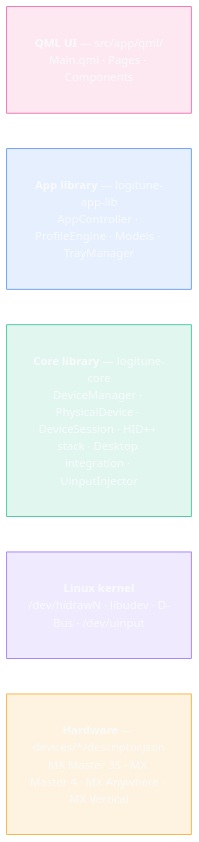
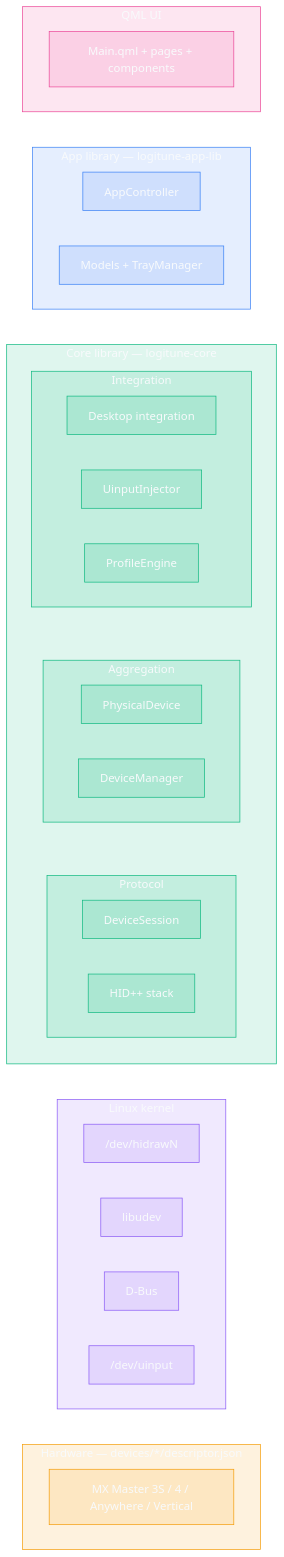
One commit to mmaher88/logitune changed the first of 17 diagrams in docs/wiki/Architecture.md. Above: the diagram before and after it, drawn with Mermaid (neutral theme).

Commit message:
docs(wiki): System Overview diagram mirrors the demo's block layout
Match the interactive demo's arrangement: UI on top with one node,
App with two (AppController + Models), Core split into three named
sub-bands (Integration, Aggregation, Protocol) of 2-3 side-by-side
components, Kernel with four kernel surfaces, Hardware at the bottom.

Each block and sub-band carries the same layer colour the demo uses
so users can recognise the diagram even if they've only seen one or
the other.

````diff
--- a/docs/wiki/Architecture.md
+++ b/docs/wiki/Architecture.md
@@ -9,21 +9,60 @@
 ```mermaid
 flowchart TB
-    ui["<b>QML UI</b> — src/app/qml/<br/>Main.qml · Pages · Components"]
-    app["<b>App library</b> — logitune-app-lib<br/>AppController · ProfileEngine · Models · TrayManager"]
-    core["<b>Core library</b> — logitune-core<br/>DeviceManager · PhysicalDevice · DeviceSession · HID++ stack · Desktop integration · UinputInjector"]
-    kernel["<b>Linux kernel</b><br/>/dev/hidrawN · libudev · D-Bus · /dev/uinput"]
-    hardware["<b>Hardware</b> — devices/*/descriptor.json<br/>MX Master 3S · MX Master 4 · MX Anywhere · MX Vertical"]
+    subgraph ui ["QML UI"]
+        direction LR
+        u1["Main.qml + pages + components"]
+    end
+
+    subgraph app ["App library — logitune-app-lib"]
+        direction LR
+        a1["AppController"]
+        a2["Models + TrayManager"]
+    end
+
+    subgraph core ["Core library — logitune-core"]
+        direction TB
+        subgraph coreIntegration ["Integration"]
+            direction LR
+            cI1["Desktop integration"]
+            cI2["UinputInjector"]
+            cI3["ProfileEngine"]
+        end
+        subgraph coreAggregation ["Aggregation"]
+            direction LR
+            cA1["PhysicalDevice"]
+            cA2["DeviceManager"]
+        end
+        subgraph coreProtocol ["Protocol"]
+            direction LR
+            cP1["DeviceSession"]
+            cP2["HID++ stack"]
+        end
+        coreIntegration ~~~ coreAggregation ~~~ coreProtocol
+    end
+
+    subgraph kernel ["Linux kernel"]
+        direction LR
+        k1["/dev/hidrawN"]
+        k2["libudev"]
+        k3["D-Bus"]
+        k4["/dev/uinput"]
+    end
+
+    subgraph hardware ["Hardware — devices/*/descriptor.json"]
+        direction LR
+        h1["MX Master 3S / 4 / Anywhere / Vertical"]
+    end
 
     ui ~~~ app ~~~ core ~~~ kernel ~~~ hardware
 
-    classDef uiStyle     fill:#ec489920,stroke:#ec4899,color:#f8fafc,padding:12px
-    classDef appStyle    fill:#3b82f620,stroke:#3b82f6,color:#f8fafc,padding:12px
-    classDef coreStyle   fill:#10b98120,stroke:#10b981,color:#f8fafc,padding:12px
-    classDef kernelStyle fill:#8b5cf620,stroke:#8b5cf6,color:#f8fafc,padding:12px
-    classDef hwStyle     fill:#f59e0b20,stroke:#f59e0b,color:#f8fafc,padding:12px
-    class ui uiStyle
-    class app appStyle
-    class core coreStyle
-    class kernel kernelStyle
-    class hardware hwStyle
+    classDef uiStyle     fill:#ec489922,stroke:#ec4899,color:#f8fafc
+    classDef appStyle    fill:#3b82f622,stroke:#3b82f6,color:#f8fafc
+    classDef coreStyle   fill:#10b98122,stroke:#10b981,color:#f8fafc
+    classDef kernelStyle fill:#8b5cf622,stroke:#8b5cf6,color:#f8fafc
+    classDef hwStyle     fill:#f59e0b22,stroke:#f59e0b,color:#f8fafc
+    class ui,u1 uiStyle
+    class app,a1,a2 appStyle
+    class core,coreIntegration,coreAggregation,coreProtocol,cI1,cI2,cI3,cA1,cA2,cP1,cP2 coreStyle
+    class kernel,k1,k2,k3,k4 kernelStyle
+    class hardware,h1 hwStyle
 ```
````
